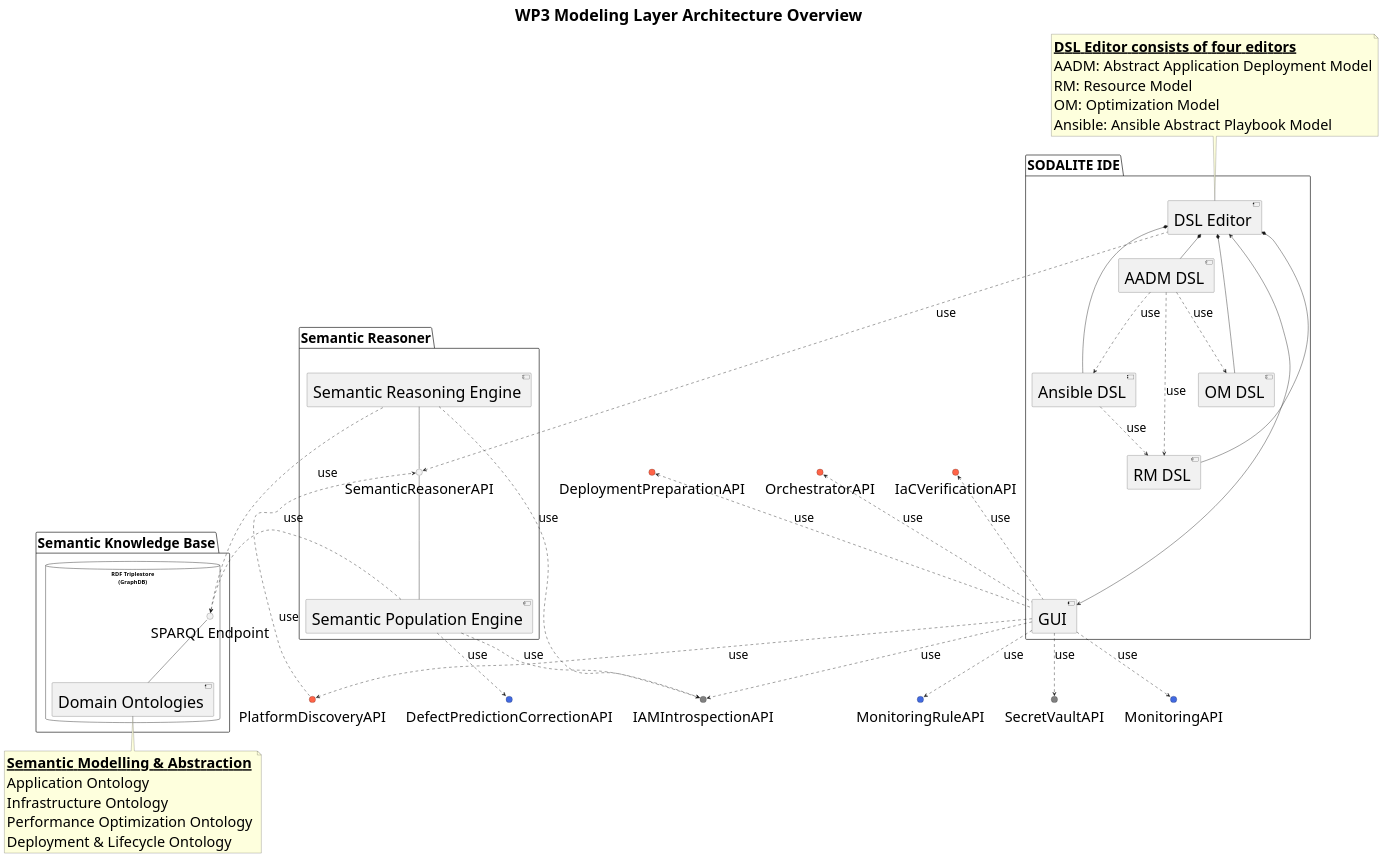
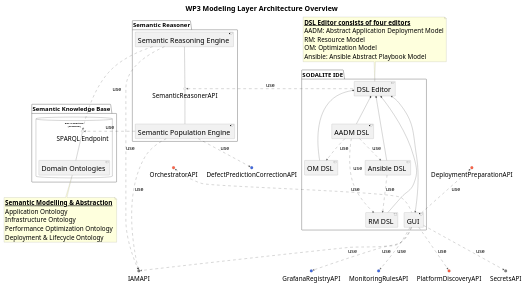
One commit to SODALITE-EU/project-wide-documentation changed the diagram in uml/component-diagrams/CD-WP3-ArchitectureOverview.puml. Above: the diagram before and after it, drawn with PlantUML. The commit also changed 1 other file, not shown here.

```diff
--- a/uml/component-diagrams/CD-WP3-ArchitectureOverview.puml
+++ b/uml/component-diagrams/CD-WP3-ArchitectureOverview.puml
@@ -1,87 +1,85 @@
 @startuml
 title WP3 Modeling Layer Architecture Overview
 skinparam componentFontSize 40
 skinparam componentArrowFontSize 30
 skinparam packageFontSize 34
 skinparam interfaceFontSize 36
 skinparam titleFontSize 40
 skinparam NoteFontSize 36
 
-interface "IAMIntrospectionAPI" as AAUAPI #808080
-interface "SecretVaultAPI" as SecretVaultAPI #808080
+interface "IAMAPI" as AAUAPI #808080
+interface "SecretsAPI" as SecretsAPI #808080
 interface "DeploymentPreparationAPI" as deploymentPreparationAPI #FF6347
 interface "DefectPredictionCorrectionAPI" as correctionAPI #4169E1
-interface "MonitoringAPI" as monitoringAPI #4169E1
-interface "MonitoringRuleAPI" as monitoringRuleAPI #4169E1
-interface "IaCVerificationAPI" as iacverificationAPI #FF6347
+interface "GrafanaRegistryAPI" as GrafanaRegistryAPI #4169E1
+interface "MonitoringRulesAPI" as monitoringRulesAPI #4169E1
 interface "OrchestratorAPI" as orchestratorAPI #FF6347
 interface "PlatformDiscoveryAPI" as PDS #FF6347
 
 package "SODALITE IDE" as IDE {
     component [DSL Editor] as ideDSLeditor
     component [AADM DSL] as AADM
     component [RM DSL] as RM
     component [OM DSL] as OM
     component [Ansible DSL] as Ansible
 
     ideDSLeditor *-- AADM
     ideDSLeditor *-- RM
     ideDSLeditor *-- OM
     ideDSLeditor *-- Ansible
     AADM ..> Ansible: use
     AADM ..> RM: use
     AADM ..> OM: use
     Ansible ..> RM :use
     component [GUI] as ideGUI
 }
 
 note top of ideDSLeditor
    __**DSL Editor consists of four editors**__ 
    AADM: Abstract Application Deployment Model
    RM: Resource Model
    OM: Optimization Model
    Ansible: Ansible Abstract Playbook Model
 end note
 
 
 package "Semantic Reasoner" as res {
     interface "SemanticReasonerAPI" as resAPI
     component [Semantic Population Engine] as resPopulationEngine
     component [Semantic Reasoning Engine] as resReasoningEngine
 }
 
 package "Semantic Knowledge Base" as repo {
     database "RDF Triplestore\n(GraphDB)" as triplestore {
         interface "SPARQL Endpoint" as repoEndpoint
+        scale 700 height
         component [Domain Ontologies] as repoOntologies
     }
 }
 
 note bottom of repoOntologies
    __**Semantic Modelling & Abstraction**__ 
    Application Ontology
    Infrastructure Ontology
    Performance Optimization Ontology
    Deployment & Lifecycle Ontology
 end note
 
 ideGUI ..> PDS : use
-PDS ..> resAPI : use
 resAPI -down- resPopulationEngine
 resAPI -up- resReasoningEngine
 ideDSLeditor .left.> resAPI: use
-ideDSLeditor <-down----> ideGUI 
+ideDSLeditor <-down---> ideGUI 
 repoOntologies -up- repoEndpoint
-resPopulationEngine .right.> repoEndpoint: use
-resReasoningEngine .left.> repoEndpoint: use
+resPopulationEngine ..right...> repoEndpoint: use
+resReasoningEngine ..right....> repoEndpoint: use
 resReasoningEngine ..> AAUAPI: use
 resPopulationEngine ..> correctionAPI: use
 resPopulationEngine ..> AAUAPI: use
 ideGUI .up.> deploymentPreparationAPI : use
-ideGUI ..> monitoringAPI : use
-ideGUI ..> monitoringRuleAPI : use
-ideGUI .up.> iacverificationAPI : use
-ideGUI ..> SecretVaultAPI : use
+ideGUI ..> GrafanaRegistryAPI : use
+ideGUI ..> monitoringRulesAPI : use
+ideGUI ..> SecretsAPI : use
 ideGUI .up.> orchestratorAPI : use
 ideGUI ..> AAUAPI: use
 @enduml
```
